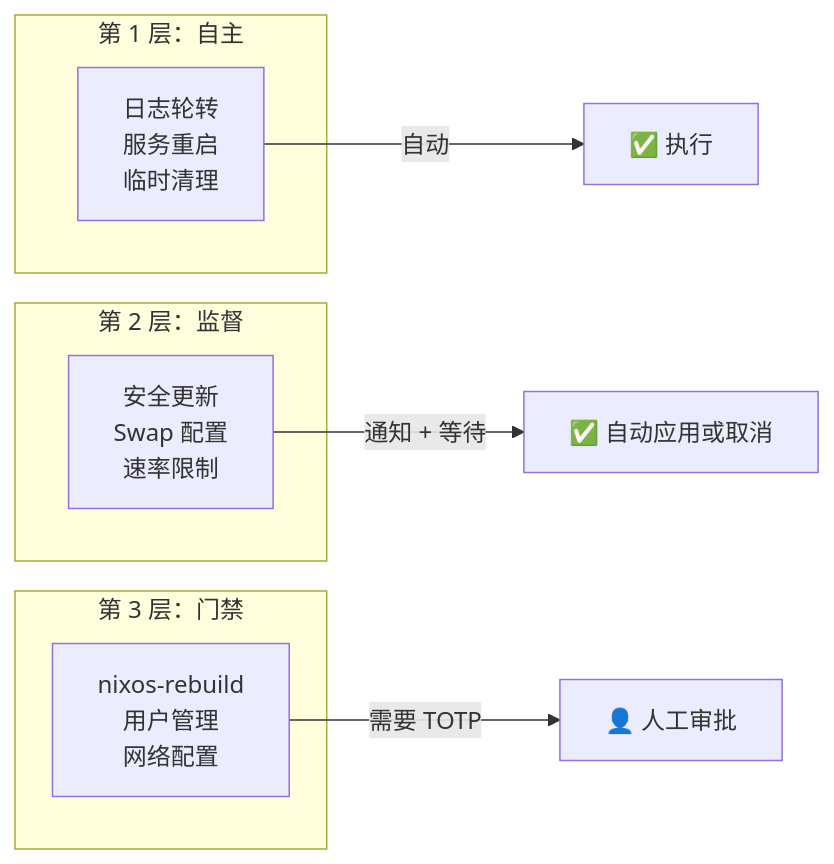
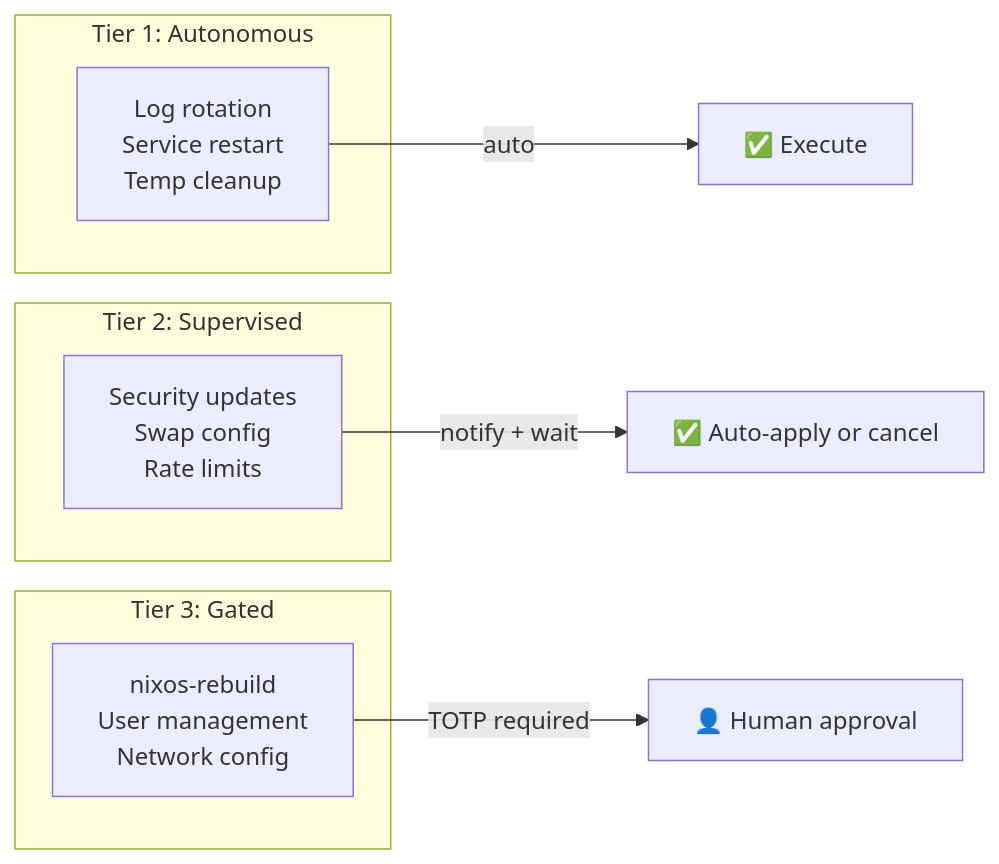
One commit to stars-labs/self-healing-nixos-infra changed the seventh of 12 diagrams in i18n/zh/docusaurus-plugin-content-docs/current/architecture.md. Above: the diagram before and after it, drawn with Mermaid. The commit also changed other lines of this file and 15 other files, not shown here.

First line of the commit message:
Fix Mermaid parse errors in Chinese docs

````diff
--- a/i18n/zh/docusaurus-plugin-content-docs/current/architecture.md
+++ b/i18n/zh/docusaurus-plugin-content-docs/current/architecture.md
@@ -233,18 +233,18 @@
 ```mermaid
 flowchart LR
-    subgraph Tier1["第 1 层：自主"]
-        T1[日志轮转<br/>服务重启<br/>临时清理]
+    subgraph Tier1["Tier 1: Autonomous"]
+        T1[Log rotation<br/>Service restart<br/>Temp cleanup]
     end
     
-    subgraph Tier2["第 2 层：监督"]
-        T2[安全更新<br/>Swap 配置<br/>速率限制]
+    subgraph Tier2["Tier 2: Supervised"]
+        T2[Security updates<br/>Swap config<br/>Rate limits]
     end
     
-    subgraph Tier3["第 3 层：门禁"]
-        T3[nixos-rebuild<br/>用户管理<br/>网络配置]
+    subgraph Tier3["Tier 3: Gated"]
+        T3[nixos-rebuild<br/>User management<br/>Network config]
     end
     
-    T1 -->|自动| Success1[✅ 执行]
-    T2 -->|通知 + 等待| Success2[✅ 自动应用或取消]
-    T3 -->|需要 TOTP| Human[👤 人工审批]
+    T1 -->|auto| Success1[✅ Execute]
+    T2 -->|notify + wait| Success2[✅ Auto-apply or cancel]
+    T3 -->|TOTP required| Human[👤 Human approval]
 ```
````
